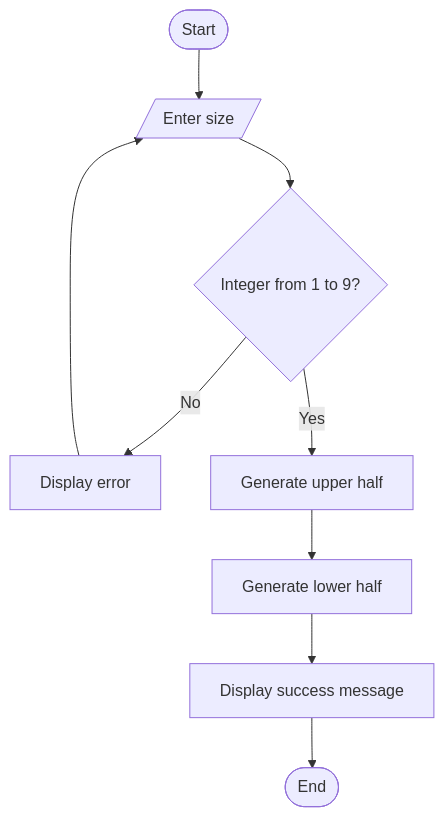
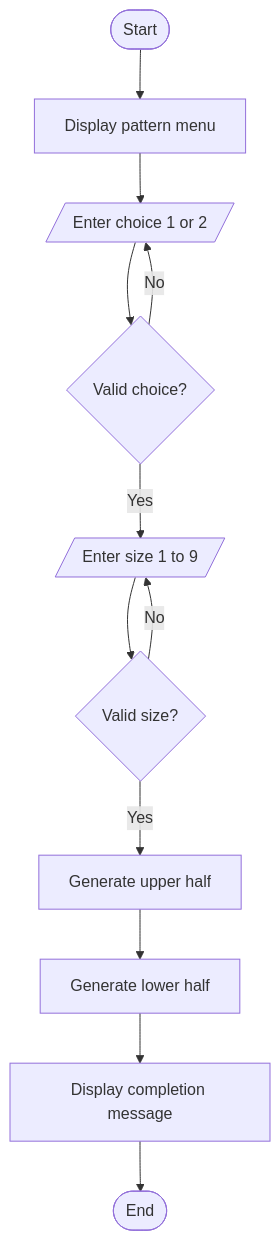
One commit to jyothsnakolagani4-dot/ABL-PYTHON- changed the diagram in Case_05_Advanced_Numeric_Pattern_Generator/report.md. Above: the diagram before and after it, drawn with Mermaid. The commit also changed other lines of this file, not shown here.

````diff
--- a/Case_05_Advanced_Numeric_Pattern_Generator/report.md
+++ b/Case_05_Advanced_Numeric_Pattern_Generator/report.md
@@ -28,11 +30,14 @@
 ```mermaid
 flowchart TD
-    A([Start]) --> B[/Enter size/]
-    B --> C{Integer from 1 to 9?}
-    C -- No --> D[Display error]
-    D --> B
-    C -- Yes --> E[Generate upper half]
-    E --> F[Generate lower half]
-    F --> G[Display success message]
-    G --> H([End])
+    A([Start]) --> B[Display pattern menu]
+    B --> C[/Enter choice 1 or 2/]
+    C --> D{Valid choice?}
+    D -- No --> C
+    D -- Yes --> E[/Enter size 1 to 9/]
+    E --> F{Valid size?}
+    F -- No --> E
+    F -- Yes --> G[Generate upper half]
+    G --> H[Generate lower half]
+    H --> I[Display completion message]
+    I --> J([End])
 ```
````
